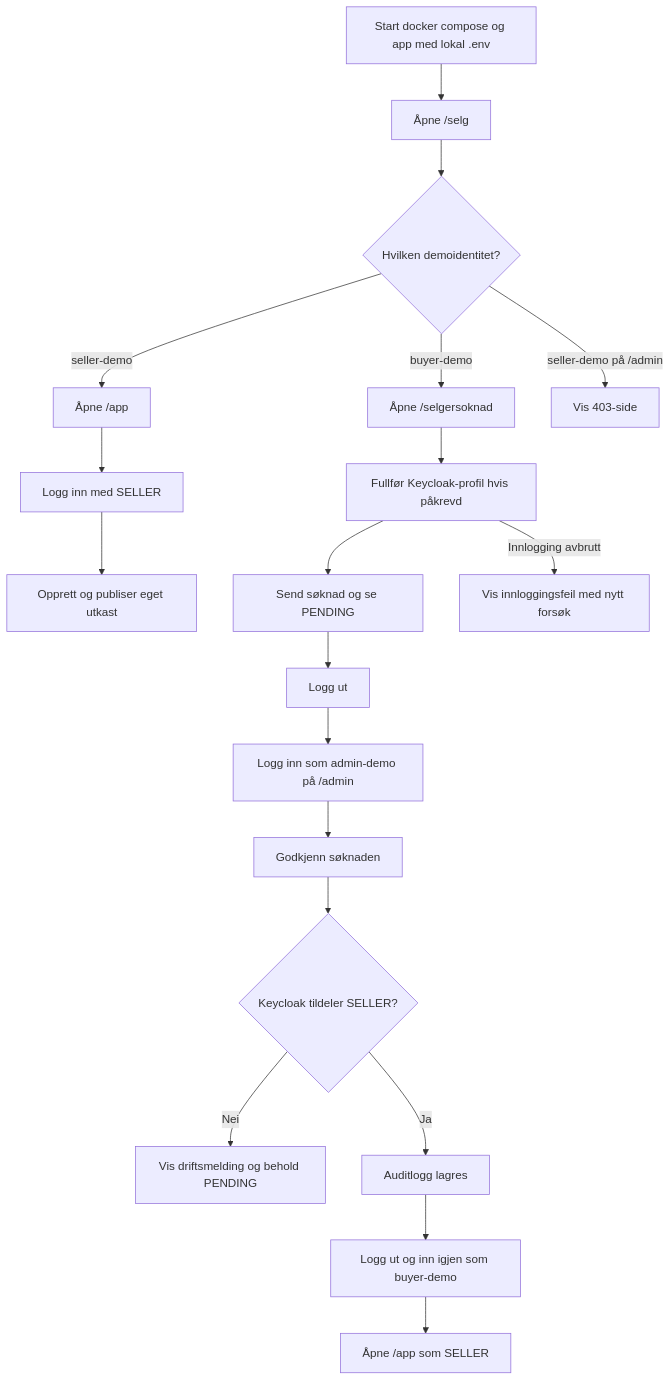
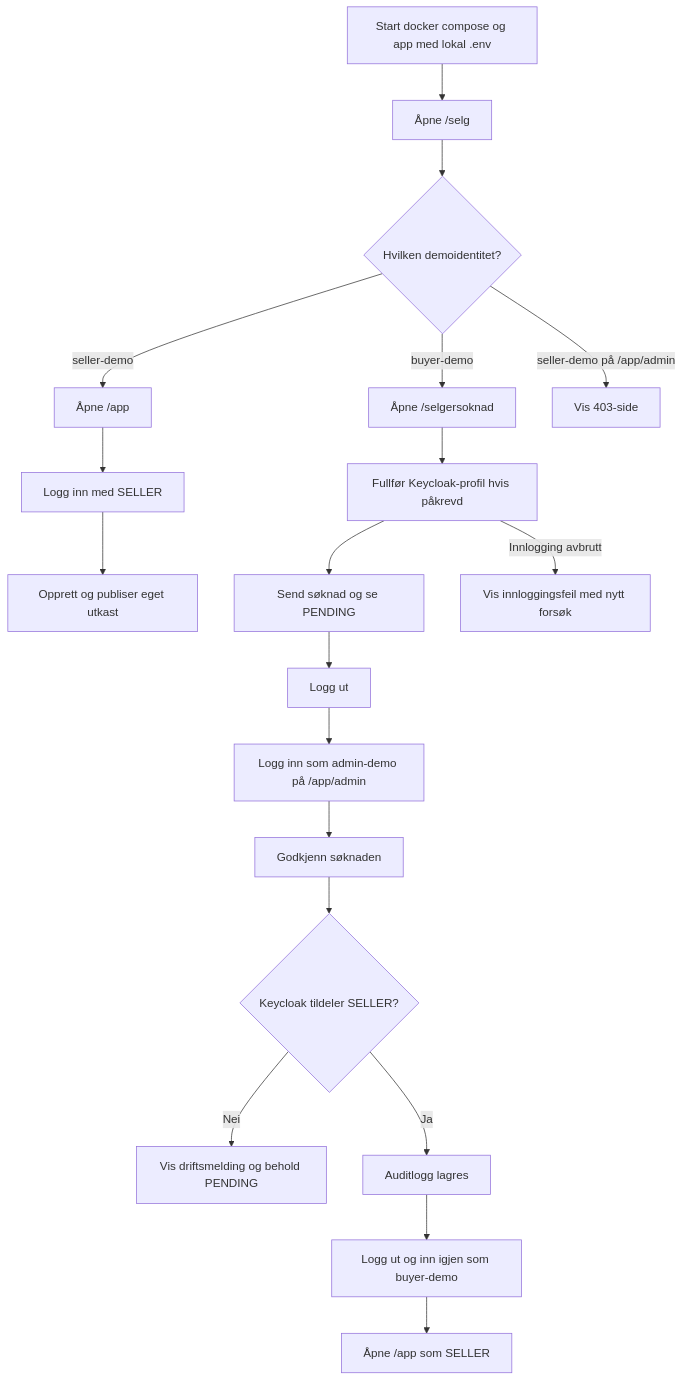
One commit to vardaasen/prosjekt changed the diagram in docs/userflows/diagrams/09-local-demo-and-role-change.mmd. Above: the diagram before and after it, drawn with Mermaid. The commit also changed 13 other files, not shown here.

```diff
--- a/docs/userflows/diagrams/09-local-demo-and-role-change.mmd
+++ b/docs/userflows/diagrams/09-local-demo-and-role-change.mmd
@@ -1,19 +1,19 @@
 flowchart TD
     A[Start docker compose og app med lokal .env] --> B[Åpne /selg]
     B --> C{Hvilken demoidentitet?}
     C -- seller-demo --> D[Åpne /app]
     D --> E[Logg inn med SELLER]
     E --> F[Opprett og publiser eget utkast]
     C -- buyer-demo --> G[Åpne /selgersoknad]
     G --> H[Fullfør Keycloak-profil hvis påkrevd]
     H --> I[Send søknad og se PENDING]
     I --> J[Logg ut]
-    J --> K[Logg inn som admin-demo på /admin]
+    J --> K[Logg inn som admin-demo på /app/admin]
     K --> L[Godkjenn søknaden]
     L --> M{Keycloak tildeler SELLER?}
     M -- Nei --> N[Vis driftsmelding og behold PENDING]
     M -- Ja --> O[Auditlogg lagres]
     O --> P[Logg ut og inn igjen som buyer-demo]
     P --> Q[Åpne /app som SELLER]
-    C -- seller-demo på /admin --> R[Vis 403-side]
+    C -- seller-demo på /app/admin --> R[Vis 403-side]
     H -- Innlogging avbrutt --> S[Vis innloggingsfeil med nytt forsøk]
```
